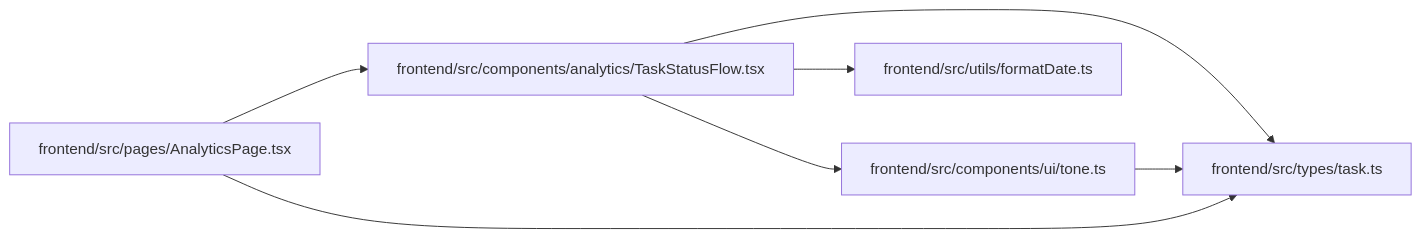
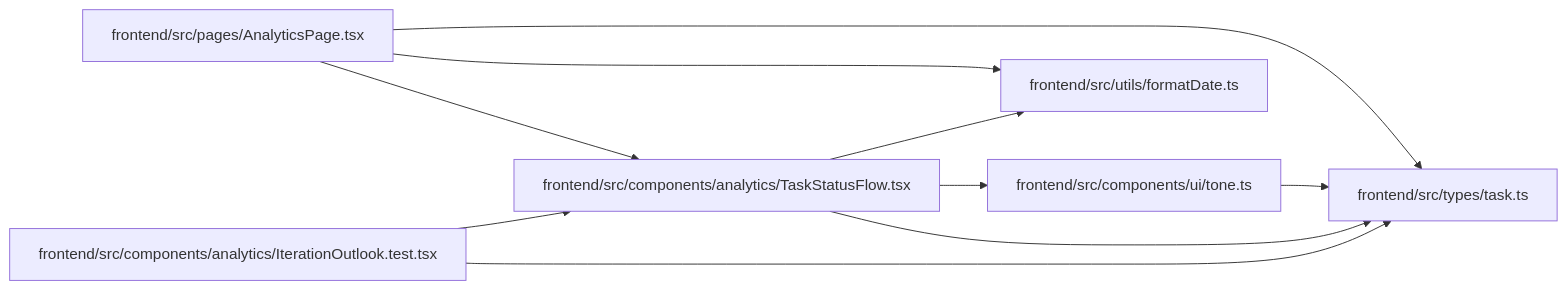
The diagram in docs/llm_wiki/modules/TaskStatusFlow.md (Denissvgn/WorkChord), drawn with Mermaid before and after one commit. The commit also changed other lines of this file and 392 other files, not shown here.

Commit message:
docs(wiki): refresh for the Analytics outlook

````diff
--- a/docs/llm_wiki/modules/TaskStatusFlow.md
+++ b/docs/llm_wiki/modules/TaskStatusFlow.md
@@ -32,19 +33,24 @@
 ```mermaid
 flowchart LR
-    n0["frontend/src/components/analytics/TaskStatusFlow.tsx"]
-    n1["frontend/src/components/ui/tone.ts"]
-    n2["frontend/src/pages/AnalyticsPage.tsx"]
-    n3["frontend/src/types/task.ts"]
-    n4["frontend/src/utils/formatDate.ts"]
+    n0["frontend/src/components/analytics/IterationOutlook.test.tsx"]
+    n1["frontend/src/components/analytics/TaskStatusFlow.tsx"]
+    n2["frontend/src/components/ui/tone.ts"]
+    n3["frontend/src/pages/AnalyticsPage.tsx"]
+    n4["frontend/src/types/task.ts"]
+    n5["frontend/src/utils/formatDate.ts"]
     n0 --> n1
-    n0 --> n3
     n0 --> n4
-    n1 --> n3
-    n2 --> n0
-    n2 --> n3
-    click n0 "../modules/TaskStatusFlow.md"
-    click n1 "../modules/tone.md"
-    click n2 "../modules/AnalyticsPage.md"
-    click n3 "../modules/types_task.md"
-    click n4 "../modules/formatDate.md"
+    n1 --> n2
+    n1 --> n4
+    n1 --> n5
+    n2 --> n4
+    n3 --> n1
+    n3 --> n4
+    n3 --> n5
+    click n0 "../modules/IterationOutlook.test.md"
+    click n1 "../modules/TaskStatusFlow.md"
+    click n2 "../modules/tone.md"
+    click n3 "../modules/AnalyticsPage.md"
+    click n4 "../modules/types_task.md"
+    click n5 "../modules/formatDate.md"
 ```
````
